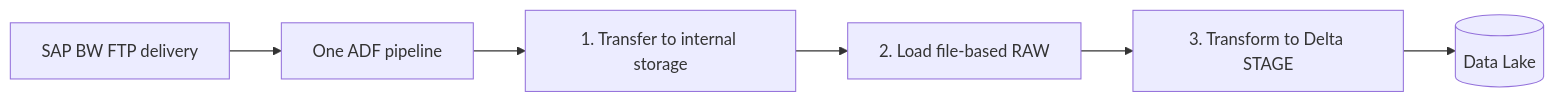
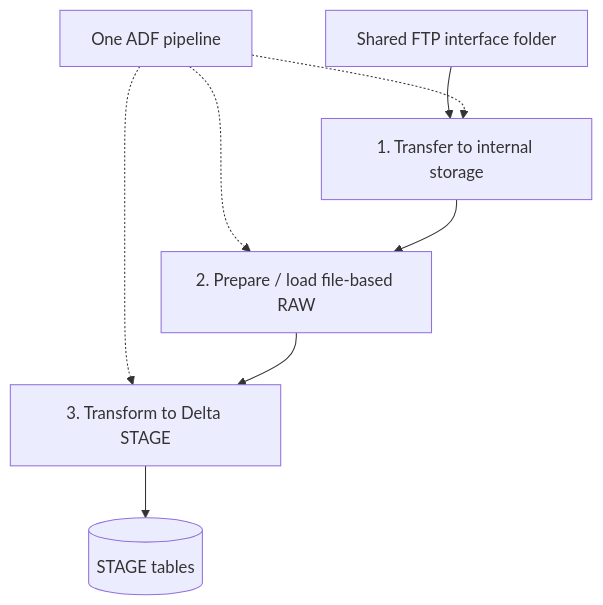
The second of 2 diagrams in docs/sap-bw.md (dorovladcodex/ai-data-integration-platform), drawn with Mermaid before and after one commit. The commit also changed other lines of this file and 6 other files, not shown here.

````diff
--- a/docs/sap-bw.md
+++ b/docs/sap-bw.md
@@ -43,8 +56,10 @@
 ```mermaid
-flowchart LR
-    FTP["SAP BW FTP delivery"] --> ADF["One ADF pipeline"]
-    ADF --> N1["1. Transfer to internal storage"]
-    N1 --> N2["2. Load file-based RAW"]
-    N2 --> N3["3. Transform to Delta STAGE"]
-    N3 --> LAKE[("Data Lake")]
+flowchart TB
+    FTP["Shared FTP interface folder"] --> N1["1. Transfer to internal storage"]
+    ADF["One ADF pipeline"] -.-> N1
+    ADF -.-> N2["2. Prepare / load file-based RAW"]
+    ADF -.-> N3["3. Transform to Delta STAGE"]
+    N1 --> N2
+    N2 --> N3
+    N3 --> ST[("STAGE tables")]
 ```
````
